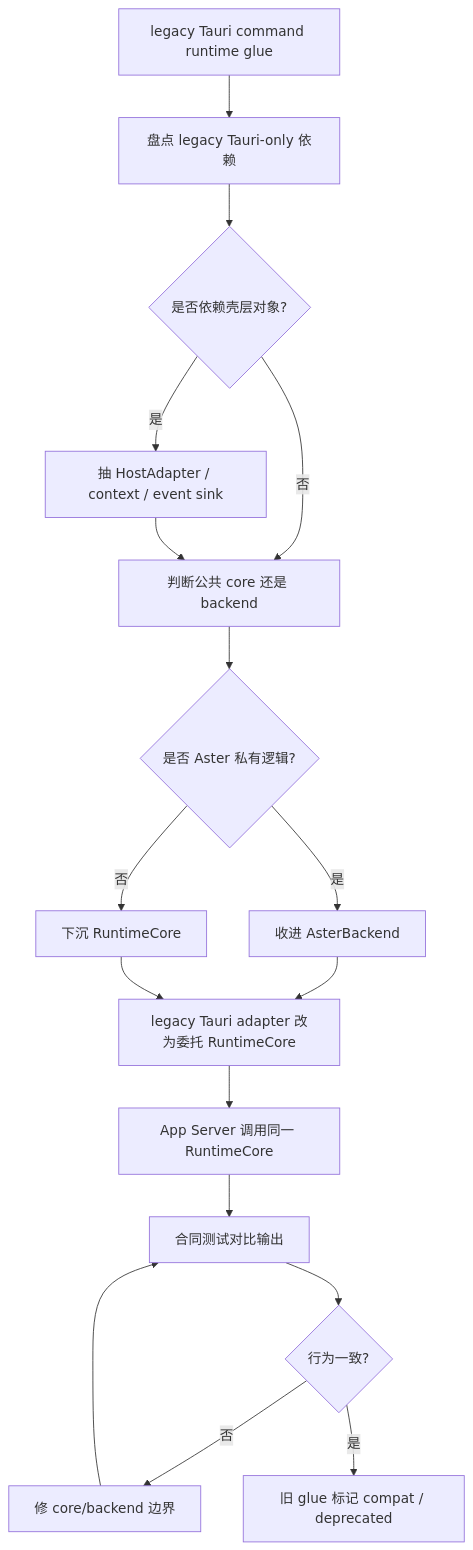
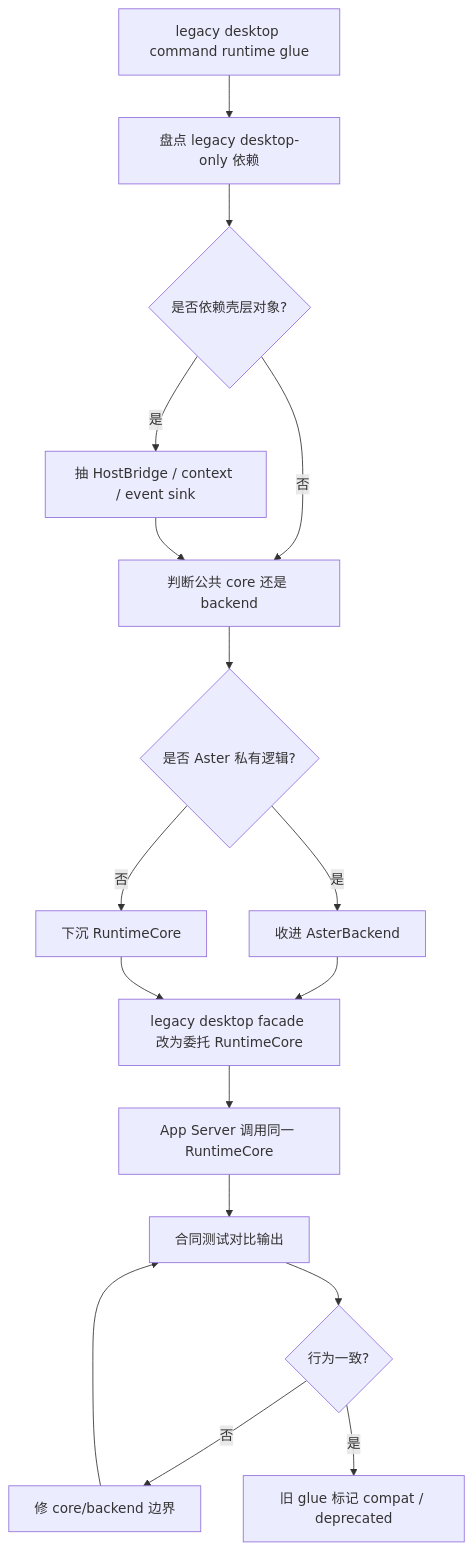
The third of 9 diagrams in internal/roadmap/appserver/flowcharts.md (jiujuan/lime), drawn with Mermaid before and after one commit. The commit also changed other lines of this file and 258 other files, not shown here.

````diff
--- a/internal/roadmap/appserver/flowcharts.md
+++ b/internal/roadmap/appserver/flowcharts.md
@@ -45,19 +45,19 @@
 ```mermaid
 flowchart TD
-    A["legacy Tauri command runtime glue"] --> B["盘点 legacy Tauri-only 依赖"]
+    A["legacy desktop command runtime glue"] --> B["盘点 legacy desktop-only 依赖"]
     B --> C{"是否依赖壳层对象?"}
-    C -- 是 --> D["抽 HostAdapter / context / event sink"]
+    C -- 是 --> D["抽 HostBridge / context / event sink"]
     C -- 否 --> E["判断公共 core 还是 backend"]
     D --> E
     E --> F{"是否 Aster 私有逻辑?"}
     F -- 是 --> G["收进 AsterBackend"]
     F -- 否 --> H["下沉 RuntimeCore"]
-    G --> I["legacy Tauri adapter 改为委托 RuntimeCore"]
+    G --> I["legacy desktop facade 改为委托 RuntimeCore"]
     H --> I
     I --> J["App Server 调用同一 RuntimeCore"]
     J --> K["合同测试对比输出"]
     K --> L{"行为一致?"}
     L -- 否 --> M["修 core/backend 边界"]
     M --> K
     L -- 是 --> N["旧 glue 标记 compat / deprecated"]
 ```
````
